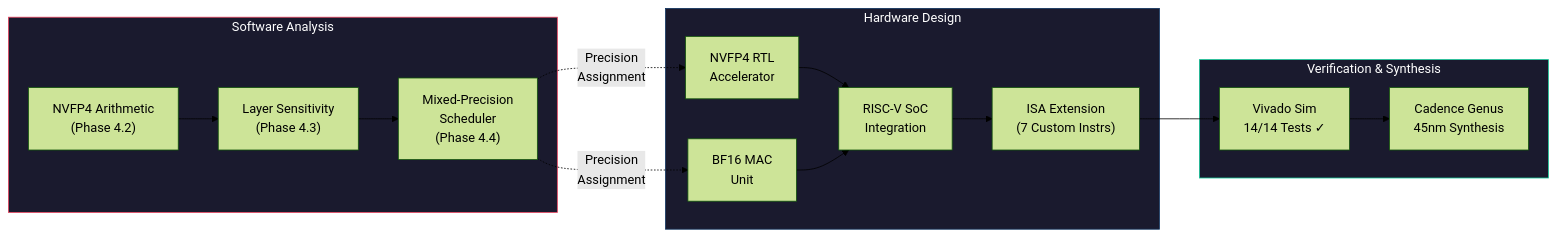
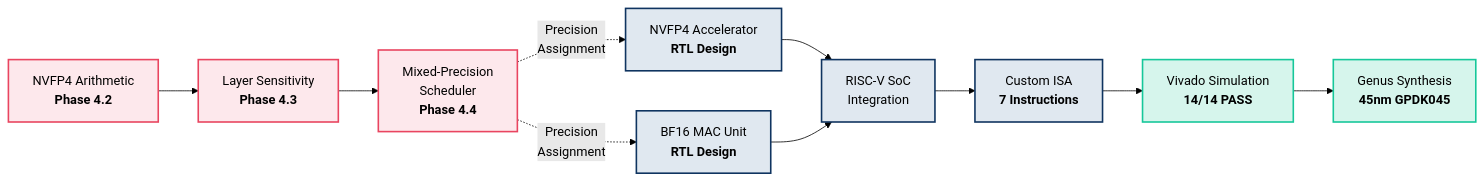
One commit to Hrushi199/nvfp4-riscv-inference-engine changed the second of 3 diagrams in README.md. Above: the diagram before and after it, drawn with Mermaid (forest theme). The commit also changed other lines of this file, not shown here.

Commit message:
Update SoC block diagram and instruction execution flow

````diff
--- a/README.md
+++ b/README.md
@@ -163,25 +165,22 @@
 ```mermaid
-flowchart LR
-    subgraph SW["Software Analysis"]
-        A["NVFP4 Arithmetic\n(Phase 4.2)"] --> B["Layer Sensitivity\n(Phase 4.3)"]
-        B --> C["Mixed-Precision\nScheduler\n(Phase 4.4)"]
-    end
-    
-    subgraph HW["Hardware Design"]
-        D["NVFP4 RTL\nAccelerator"] --> F["RISC-V SoC\nIntegration"]
-        E["BF16 MAC\nUnit"] --> F
-        F --> G["ISA Extension\n(7 Custom Instrs)"]
-    end
-    
-    subgraph VER["Verification & Synthesis"]
-        H["Vivado Sim\n14/14 Tests ✓"] --> I["Cadence Genus\n45nm Synthesis"]
-    end
-    
-    C -.->|"Precision\nAssignment"| D
-    C -.->|"Precision\nAssignment"| E
-    G --> H
+graph LR
+    A[NVFP4 Arithmetic<br/><b>Phase 4.2</b>] --> B[Layer Sensitivity<br/><b>Phase 4.3</b>]
+    B --> C[Mixed-Precision<br/>Scheduler<br/><b>Phase 4.4</b>]
+    C -.->|Precision<br/>Assignment| D[NVFP4 Accelerator<br/><b>RTL Design</b>]
+    C -.->|Precision<br/>Assignment| E[BF16 MAC Unit<br/><b>RTL Design</b>]
+    D --> F[RISC-V SoC<br/>Integration]
+    E --> F
+    F --> G[Custom ISA<br/><b>7 Instructions</b>]
+    G --> H[Vivado Simulation<br/><b>14/14 PASS</b>]
+    H --> I[Genus Synthesis<br/><b>45nm GPDK045</b>]
 
-    style SW fill:#1a1a2e,stroke:#e94560,color:#fff
-    style HW fill:#1a1a2e,stroke:#0f3460,color:#fff
-    style VER fill:#1a1a2e,stroke:#16c79a,color:#fff
+    style A fill:#fde8ec,stroke:#e94560,stroke-width:2px
+    style B fill:#fde8ec,stroke:#e94560,stroke-width:2px
+    style C fill:#fde8ec,stroke:#e94560,stroke-width:2px
+    style D fill:#e0e8f0,stroke:#0f3460,stroke-width:2px
+    style E fill:#e0e8f0,stroke:#0f3460,stroke-width:2px
+    style F fill:#e0e8f0,stroke:#0f3460,stroke-width:2px
+    style G fill:#e0e8f0,stroke:#0f3460,stroke-width:2px
+    style H fill:#d6f5ec,stroke:#16c79a,stroke-width:2px
+    style I fill:#d6f5ec,stroke:#16c79a,stroke-width:2px
 ```
````
